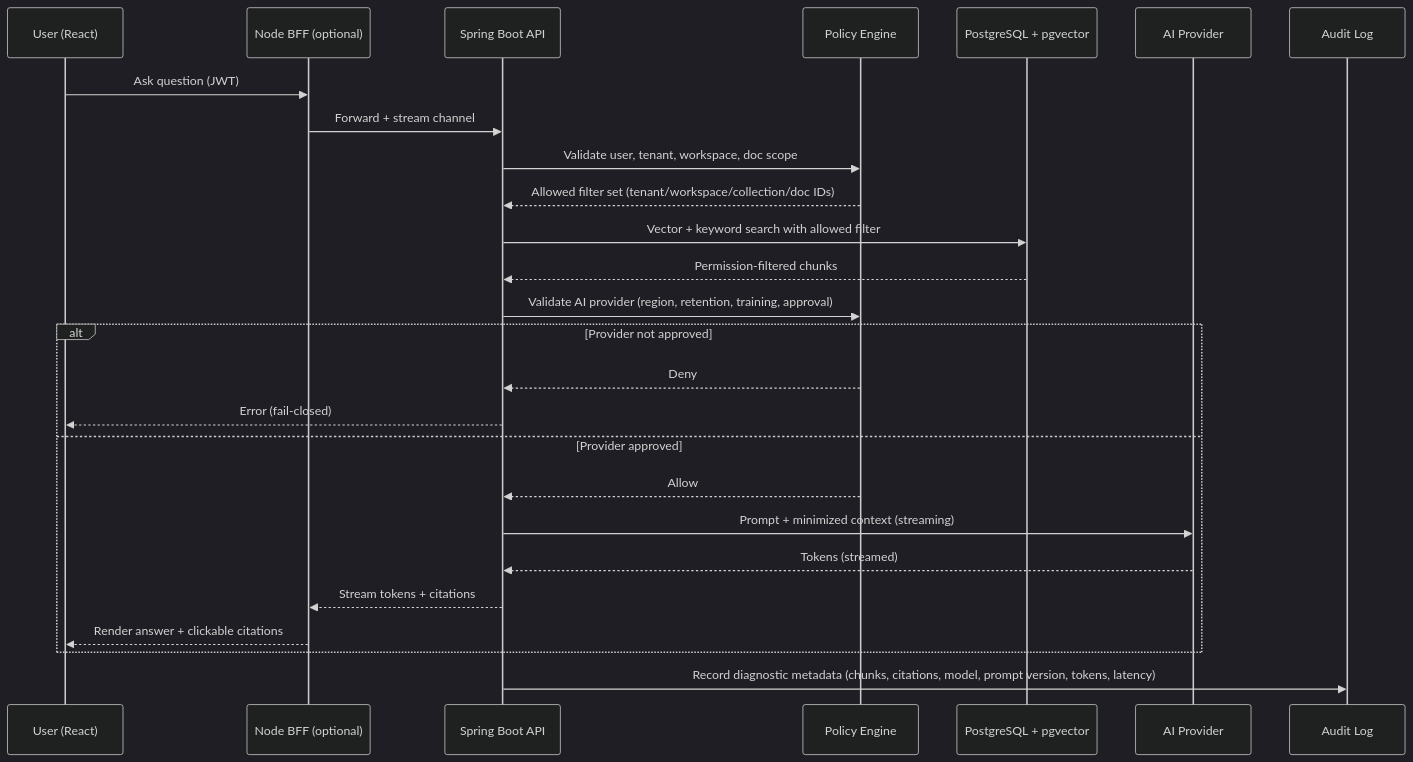
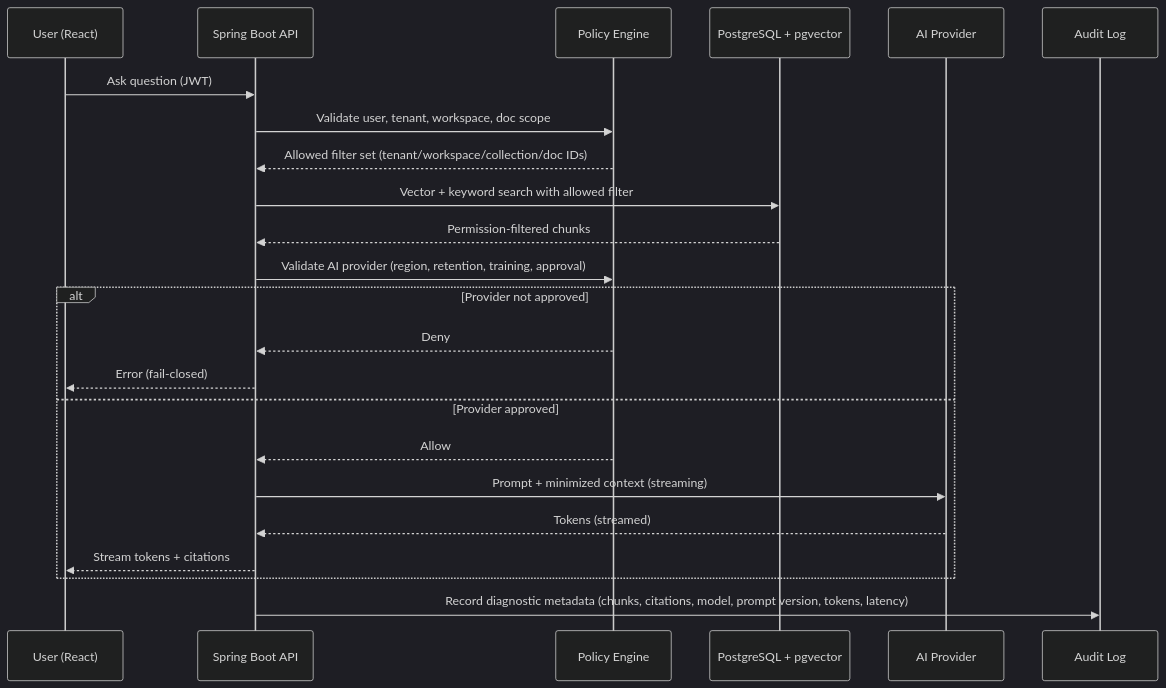
Before and after one commit to alechulkin/rag: the second of 2 diagrams in docs/BRD.md, drawn with Mermaid (dark theme). The commit also changed other lines of this file and 1 other file, not shown here.

First line of the commit message:
fix(docs): reconcile NFR/BRD targets and remove BFF from MVP

````diff
--- a/docs/BRD.md
+++ b/docs/BRD.md
@@ -588,29 +580,26 @@
 ```mermaid
 sequenceDiagram
   participant U as User (React)
-  participant BFF as Node BFF (optional)
   participant API as Spring Boot API
   participant Pol as Policy Engine
   participant PG as PostgreSQL + pgvector
   participant Prov as AI Provider
   participant Aud as Audit Log
 
-  U->>BFF: Ask question (JWT)
-  BFF->>API: Forward + stream channel
+  U->>API: Ask question (JWT)
   API->>Pol: Validate user, tenant, workspace, doc scope
   Pol-->>API: Allowed filter set (tenant/workspace/collection/doc IDs)
   API->>PG: Vector + keyword search with allowed filter
   PG-->>API: Permission-filtered chunks
   API->>Pol: Validate AI provider (region, retention, training, approval)
   alt Provider not approved
     Pol-->>API: Deny
     API-->>U: Error (fail-closed)
   else Provider approved
     Pol-->>API: Allow
     API->>Prov: Prompt + minimized context (streaming)
     Prov-->>API: Tokens (streamed)
-    API-->>BFF: Stream tokens + citations
-    BFF-->>U: Render answer + clickable citations
+    API-->>U: Stream tokens + citations
   end
   API->>Aud: Record diagnostic metadata (chunks, citations, model, prompt version, tokens, latency)
 ```
````
